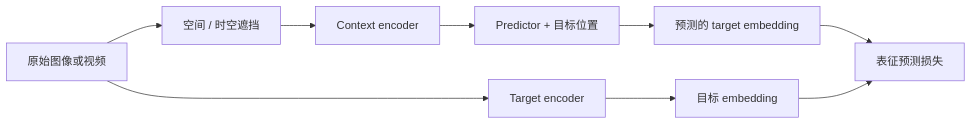
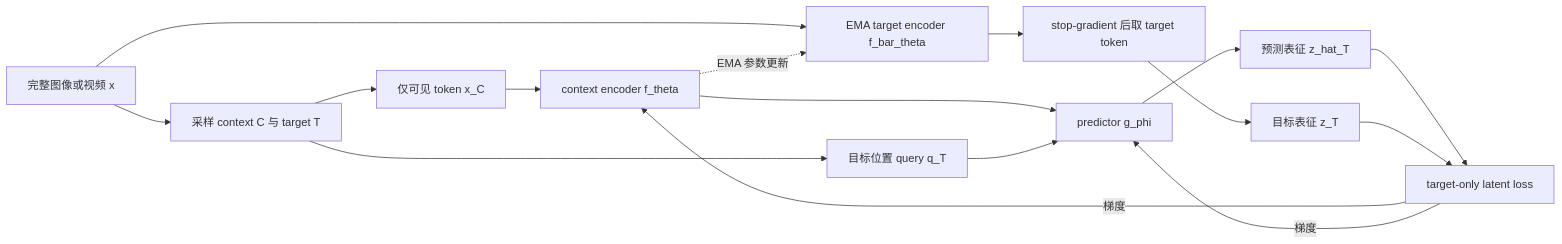
One commit to GVCLab/Video-Generation-101 changed the first of 3 diagrams in docs/jepa.md. Above: the diagram before and after it, drawn with Mermaid. The commit also changed other lines of this file and 12 other files, not shown here.

````diff
--- a/docs/jepa.md
+++ b/docs/jepa.md
@@ -33,11 +46,20 @@
 ```mermaid
 flowchart LR
-    X["原始图像或视频"] --> M["空间 / 时空遮挡"]
-    M --> C["Context encoder"]
-    X --> T["Target encoder"]
-    C --> P["Predictor + 目标位置"]
-    P --> ZP["预测的 target embedding"]
-    T --> ZT["目标 embedding"]
-    ZP --> L["表征预测损失"]
-    ZT --> L
+    accTitle: 典型 teacher student JEPA 的信息流与梯度边界
+    accDescr: 完整样本经过掩码后只有可见 token 进入 context encoder；完整样本进入 EMA target encoder，目标输出由 stop gradient 截断。predictor 使用 context 表征和目标位置预测被遮挡表征，损失只更新 context encoder 与 predictor，再由指数滑动平均更新 target encoder。
+    x_full["完整图像或视频 x"] --> mask["采样 context C 与 target T"]
+    mask --> x_context["仅可见 token x_C"]
+    x_context --> context["context encoder f_theta"]
+    mask --> query["目标位置 query q_T"]
+    context --> predictor["predictor g_phi"]
+    query --> predictor
+    x_full --> target["EMA target encoder f_bar_theta"]
+    target --> stopgrad["stop-gradient 后取 target token"]
+    predictor --> predicted["预测表征 z_hat_T"]
+    stopgrad --> target_z["目标表征 z_T"]
+    predicted --> loss["target-only latent loss"]
+    target_z --> loss
+    loss -->|"梯度"| context
+    loss -->|"梯度"| predictor
+    context -.->|"EMA 参数更新"| target
 ```
````
